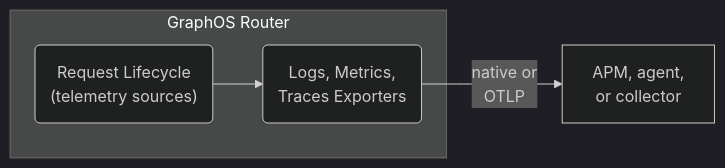
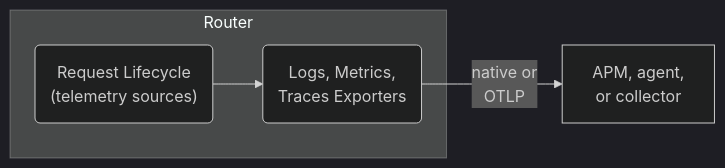
One commit to apollographql/router changed the first of 2 diagrams in docs/source/configuration/telemetry/overview.mdx. Above: the diagram before and after it, drawn with Mermaid (dark theme). The commit also changed other lines of this file and 18 other files, not shown here.

````diff
--- a/docs/source/configuration/telemetry/overview.mdx
+++ b/docs/source/configuration/telemetry/overview.mdx
@@ -14,12 +14,12 @@
 ```mermaid
 flowchart LR
-    subgraph GraphOS Router
+    subgraph Router
     lifecycle("Request Lifecycle<br/>(telemetry sources)")
     exporters("Logs, Metrics,<br/>Traces Exporters")
     lifecycle-->exporters
     end
 
     apms["APM, agent,<br/>or collector"]
     exporters--"native or<br/>OTLP"-->apms
 
 ```
````
